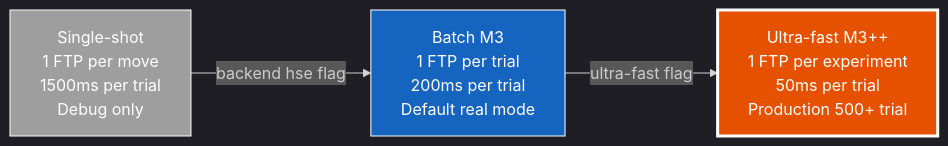
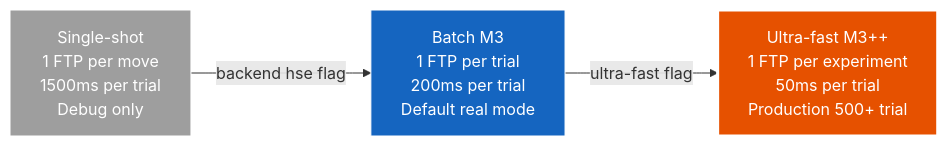
The second of 3 diagrams in docs/HUONG_DAN_SU_DUNG.md (manhhv87/DTwinGP7), drawn with Mermaid before and after one commit. The commit also changed other lines of this file and 54 other files, not shown here.

````diff
--- a/docs/HUONG_DAN_SU_DUNG.md
+++ b/docs/HUONG_DAN_SU_DUNG.md
@@ -166,10 +160,9 @@
 ```mermaid
-%%{init: {'theme':'dark'}}%%
 graph LR
     T1[Single-shot<br/>1 FTP per move<br/>1500ms per trial<br/>Debug only] -->|backend hse flag| T2[Batch M3<br/>1 FTP per trial<br/>200ms per trial<br/>Default real mode]
     T2 -->|ultra-fast flag| T3[Ultra-fast M3++<br/>1 FTP per experiment<br/>50ms per trial<br/>Production 500+ trial]
 
     style T1 fill:#9E9E9E,stroke:#fff,color:#fff
     style T2 fill:#1565C0,stroke:#fff,color:#fff
     style T3 fill:#E65100,stroke:#fff,stroke-width:3px,color:#fff
 ```
````
